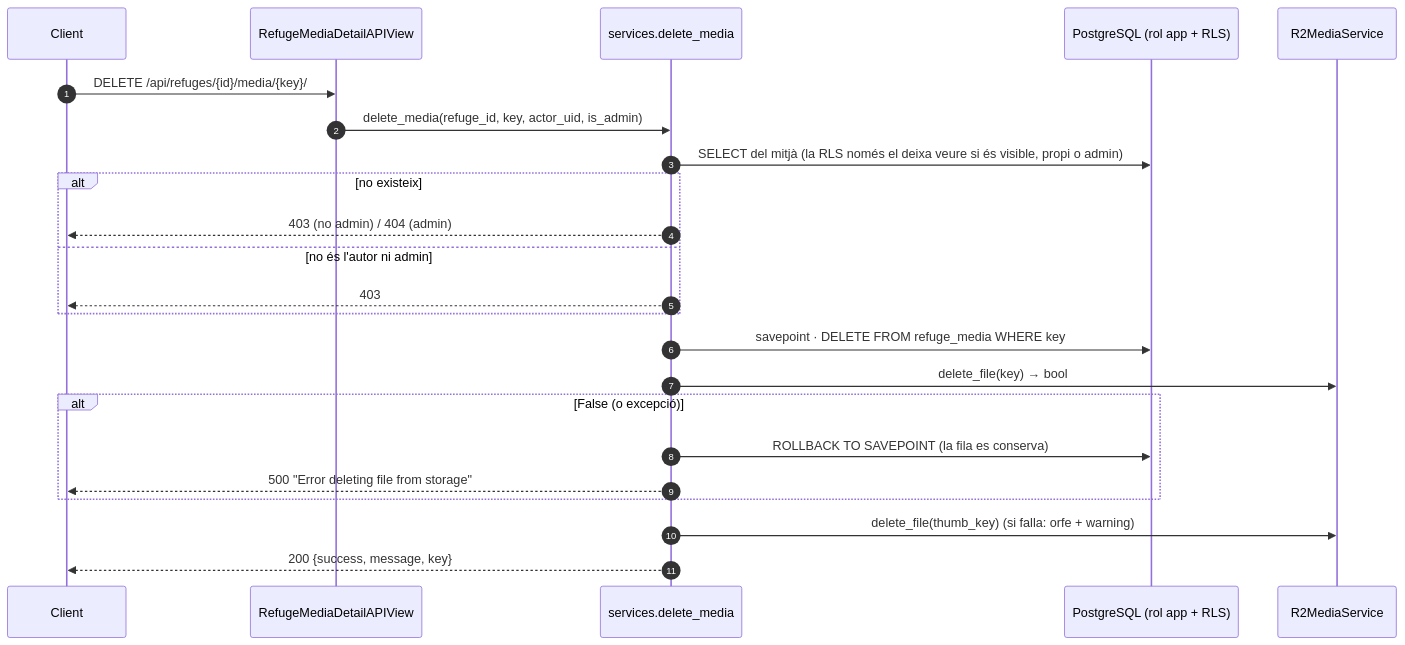
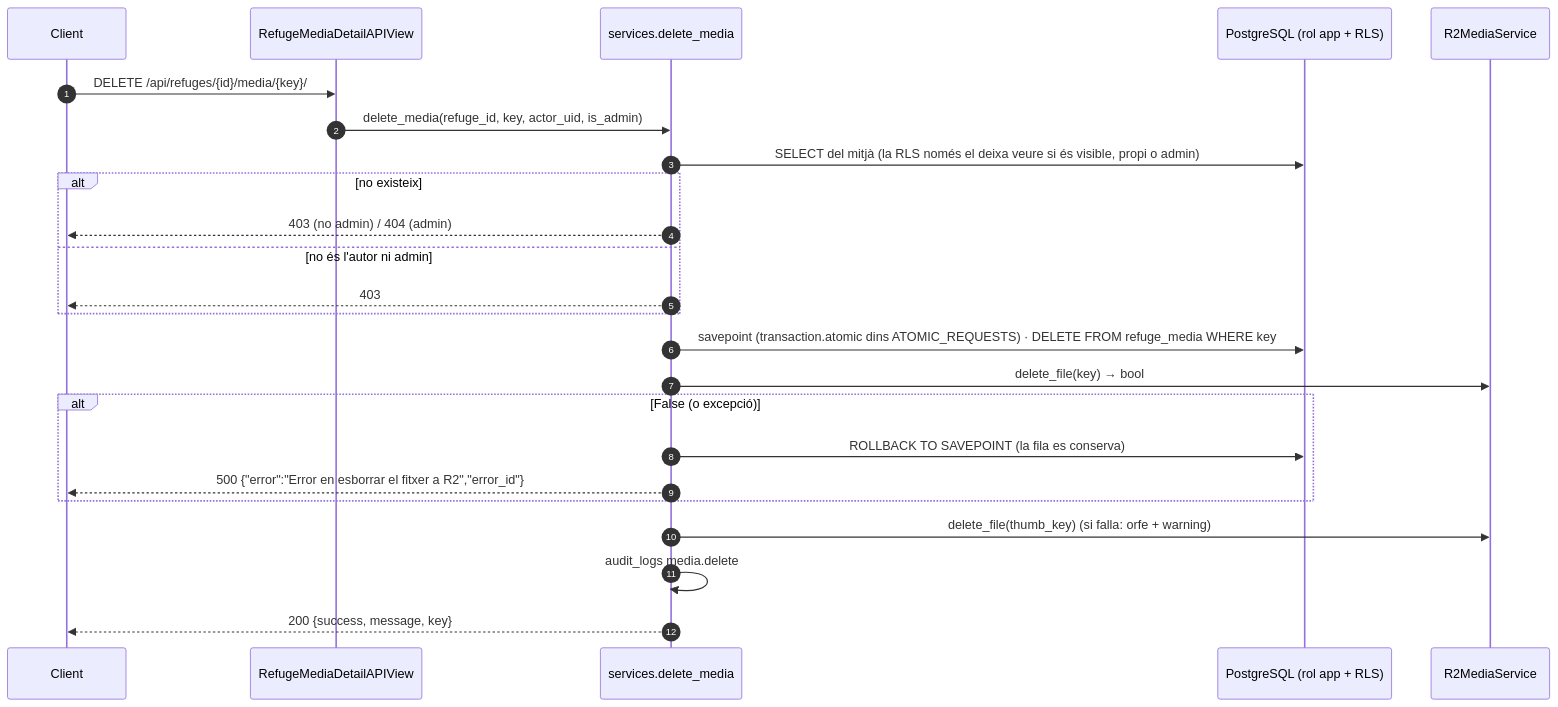
Before and after one commit to jordirev/RefugisLliures_Backend: the second of 2 diagrams in docs/flows/03-refuge-media-upload.md, drawn with Mermaid. The commit also changed other lines of this file and 19 other files, not shown here.

````diff
--- a/docs/flows/03-refuge-media-upload.md
+++ b/docs/flows/03-refuge-media-upload.md
@@ -109,26 +111,27 @@
 ```mermaid
 sequenceDiagram
     autonumber
     participant C as Client
     participant V as RefugeMediaDetailAPIView
     participant SV as services.delete_media
     participant DB as PostgreSQL (rol app + RLS)
     participant R2 as R2MediaService
 
     C->>V: DELETE /api/refuges/{id}/media/{key}/
     V->>SV: delete_media(refuge_id, key, actor_uid, is_admin)
     SV->>DB: SELECT del mitjà (la RLS només el deixa veure si és visible, propi o admin)
     alt no existeix
         SV-->>C: 403 (no admin) / 404 (admin)
     else no és l'autor ni admin
         SV-->>C: 403
     end
-    SV->>DB: savepoint · DELETE FROM refuge_media WHERE key
+    SV->>DB: savepoint (transaction.atomic dins ATOMIC_REQUESTS) · DELETE FROM refuge_media WHERE key
     SV->>R2: delete_file(key) → bool
     alt False (o excepció)
         SV->>DB: ROLLBACK TO SAVEPOINT (la fila es conserva)
-        SV-->>C: 500 "Error deleting file from storage"
+        SV-->>C: 500 {"error":"Error en esborrar el fitxer a R2","error_id"}
     end
     SV->>R2: delete_file(thumb_key) (si falla: orfe + warning)
+    SV->>SV: audit_logs media.delete
     SV-->>C: 200 {success, message, key}
 ```
````
